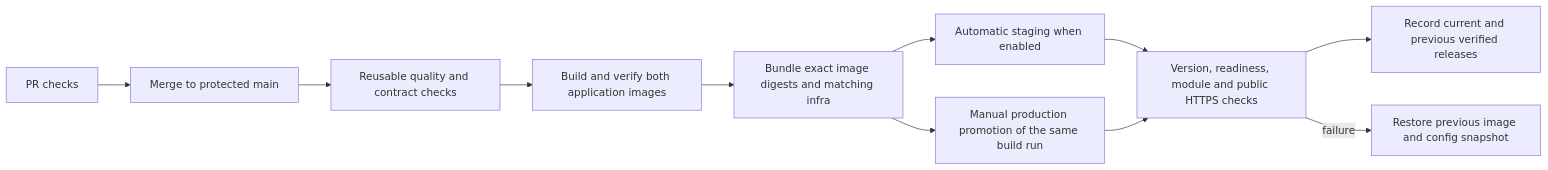
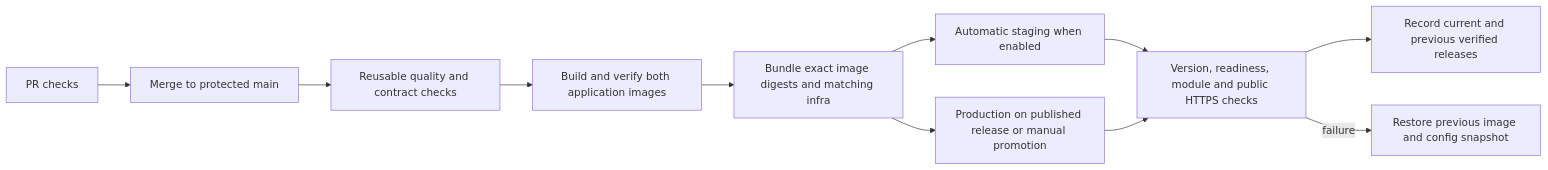
Before and after one commit to akileng56/moh-sso-dashboard: the diagram in docs/cd-pipeline.md, drawn with Mermaid. The commit also changed other lines of this file and 7 other files, not shown here.

Commit message:
Enable verified production deployment on published releases (#266)

````diff
--- a/docs/cd-pipeline.md
+++ b/docs/cd-pipeline.md
@@ -5,13 +5,13 @@
 ```mermaid
 flowchart LR
     PR[PR checks] --> Main[Merge to protected main]
     Main --> Validate[Reusable quality and contract checks]
     Validate --> Images[Build and verify both application images]
     Images --> Bundle[Bundle exact image digests and matching infra]
     Bundle --> Stage[Automatic staging when enabled]
-    Bundle --> Promote[Manual production promotion of the same build run]
+    Bundle --> Promote[Production on published release or manual promotion]
     Stage --> Ready[Version, readiness, module and public HTTPS checks]
     Promote --> Ready
     Ready --> Record[Record current and previous verified releases]
     Ready -->|failure| Restore[Restore previous image and config snapshot]
 ```
````
